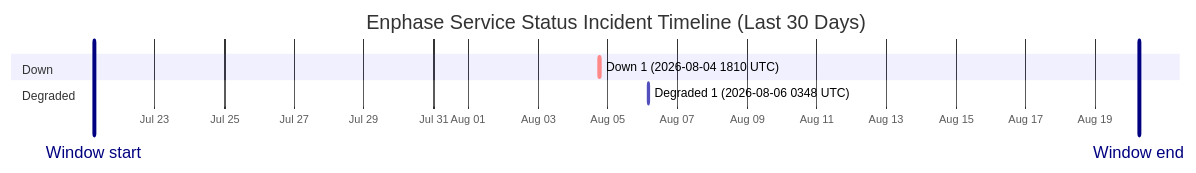
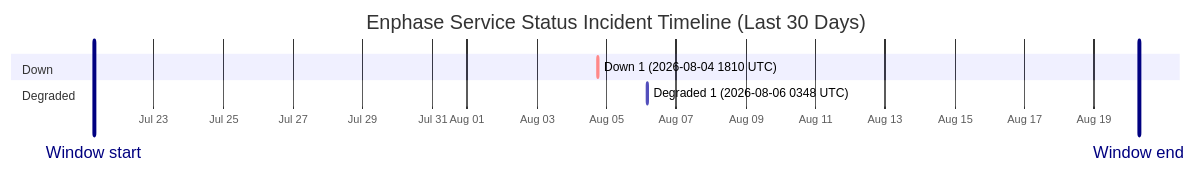
One commit to barneyonline/ha-enphase-energy changed the diagram in wiki/Service-Status-History.md. Above: the diagram before and after it, drawn with Mermaid. The commit also changed other lines of this file and 3 other files, not shown here.

````diff
--- a/wiki/Service-Status-History.md
+++ b/wiki/Service-Status-History.md
@@ -14,12 +14,12 @@
 ```mermaid
 gantt
     title Enphase Service Status Incident Timeline (Last 30 Days)
     dateFormat  YYYY-MM-DDTHH:mm:ss
     axisFormat  %b %d
-    Window start :vert, window-start, 2026-07-21T05:58:24, 0ms
-    Window end :vert, window-end, 2026-08-20T05:58:24, 0ms
+    Window start :vert, window-start, 2026-07-21T06:56:38, 0ms
+    Window end :vert, window-end, 2026-08-20T06:56:38, 0ms
     section Down
     Down 1 (2026-08-04 1810 UTC) :crit, down-1, 2026-08-04T18:10:46, 60m
     section Degraded
     Degraded 1 (2026-08-06 0348 UTC) :active, degraded-1, 2026-08-06T03:48:14, 60m
 ```
````
